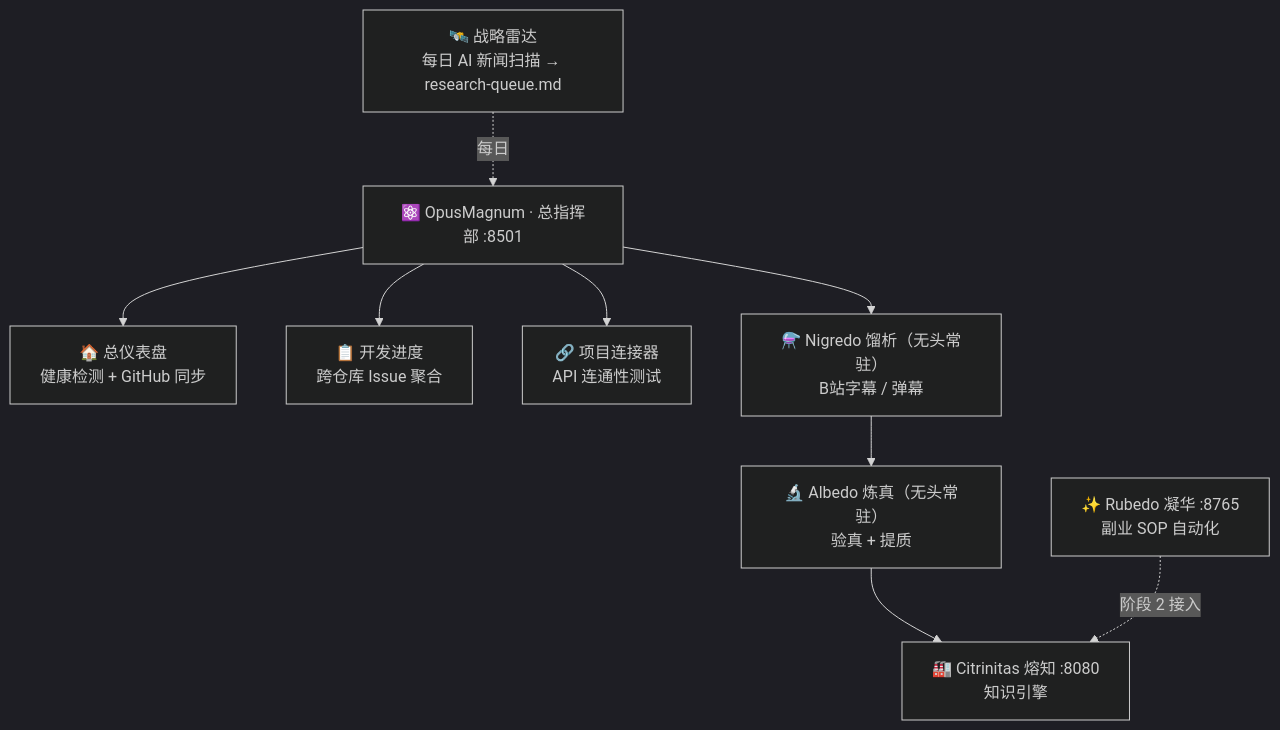
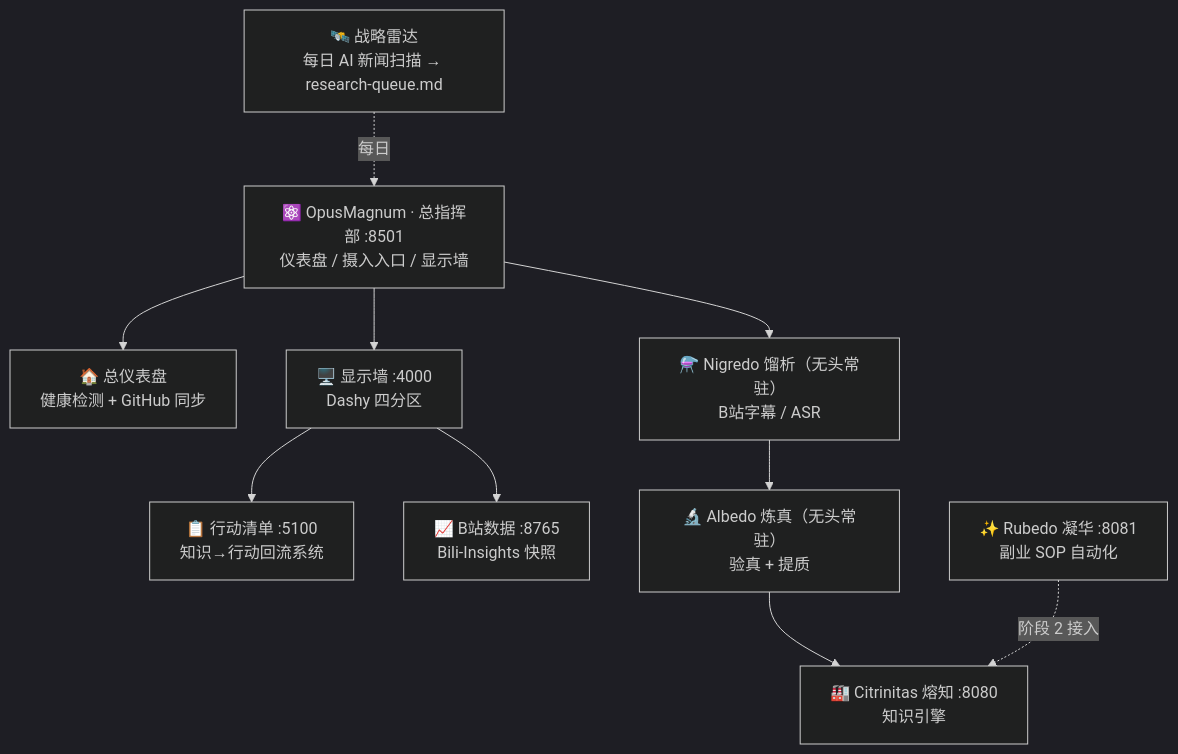
The diagram in README.md (shiyao222333-afk/opus-magnum), drawn with Mermaid (dark theme) before and after one commit. The commit also changed other lines of this file and 20 other files, not shown here.

First line of the commit message:
feat(opus-magnum): 显示墙(Dashy/Bili/行动清单) + 托盘启动器 + README 按模板更新

````diff
--- a/README.md
+++ b/README.md
@@ -62,17 +67,19 @@
 ```mermaid
 flowchart TB
     Radar["🛰️ 战略雷达<br/>每日 AI 新闻扫描 → research-queue.md"]
-    OM["⚛️ OpusMagnum · 总指挥部 :8501"]
+    OM["⚛️ OpusMagnum · 总指挥部 :8501<br/>仪表盘 / 摄入入口 / 显示墙"]
     Dash["🏠 总仪表盘<br/>健康检测 + GitHub 同步"]
-    Prog["📋 开发进度<br/>跨仓库 Issue 聚合"]
-    Hub["🔗 项目连接器<br/>API 连通性测试"]
-    N["⚗️ Nigredo 馏析（无头常驻）<br/>B站字幕 / 弹幕"]
+    Wall["🖥️ 显示墙 :4000<br/>Dashy 四分区"]
+    Act["📋 行动清单 :5100<br/>知识→行动回流系统"]
+    Bili["📈 B站数据 :8765<br/>Bili-Insights 快照"]
+    N["⚗️ Nigredo 馏析（无头常驻）<br/>B站字幕 / ASR"]
     A["🔬 Albedo 炼真（无头常驻）<br/>验真 + 提质"]
     C["🏭 Citrinitas 熔知 :8080<br/>知识引擎"]
-    R["✨ Rubedo 凝华 :8765<br/>副业 SOP 自动化"]
+    R["✨ Rubedo 凝华 :8081<br/>副业 SOP 自动化"]
 
-    OM --> Dash & Prog & Hub
+    OM --> Dash & Wall
+    Wall --> Act & Bili
     Radar -.每日.-> OM
     OM --> N --> A --> C
     R -.阶段 2 接入.-> C
 ```
````
